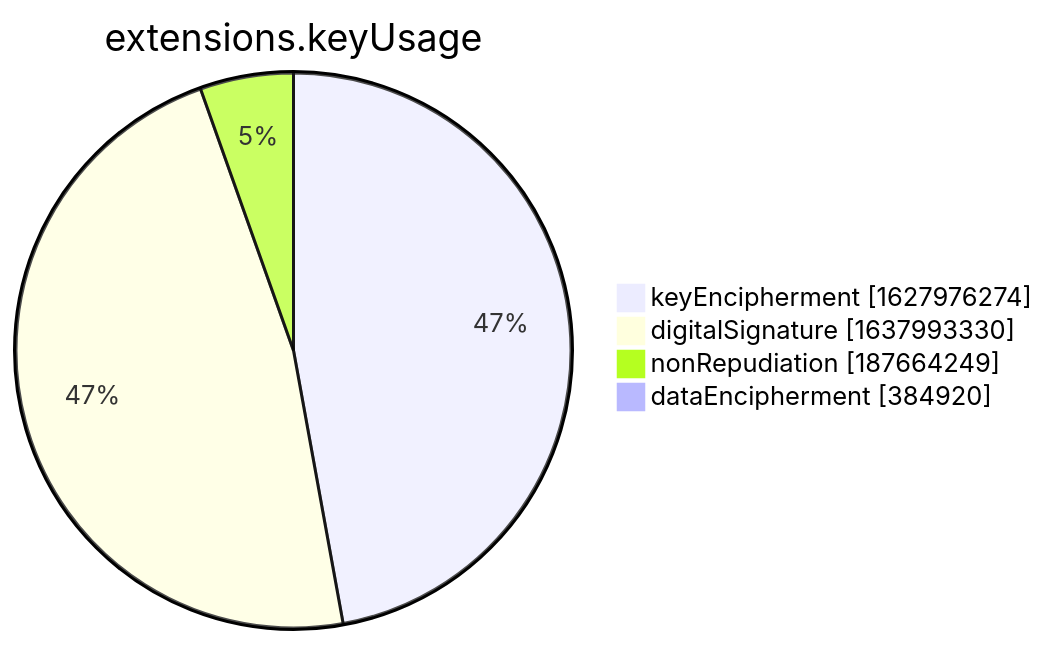
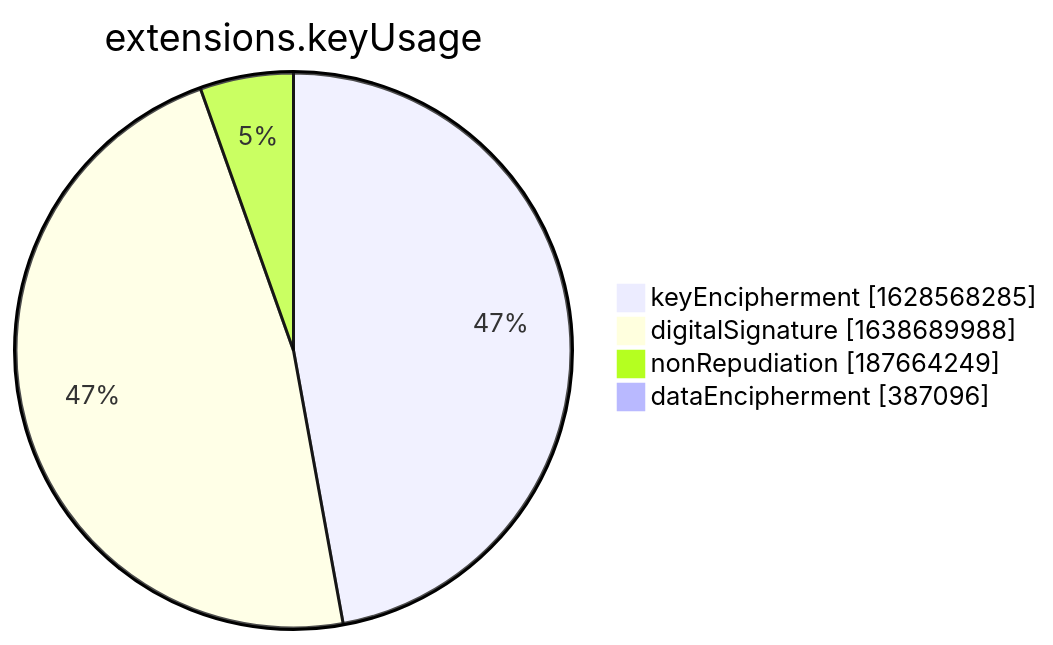
One commit to christiankrug/ctmonitor_visualization changed the seventh of 15 diagrams in xenon2022/README.md. Above: the diagram before and after it, drawn with Mermaid. The commit also changed other lines of this file, not shown here.

````diff
--- a/xenon2022/README.md
+++ b/xenon2022/README.md
@@ -2855,8 +2855,8 @@
 ```mermaid
 pie showData
 title extensions.keyUsage
-"keyEncipherment" :1627976274
-"digitalSignature" :1637993330
+"keyEncipherment" :1628568285
+"digitalSignature" :1638689988
 "nonRepudiation" :187664249
-"dataEncipherment" :384920
+"dataEncipherment" :387096
 ```
````
